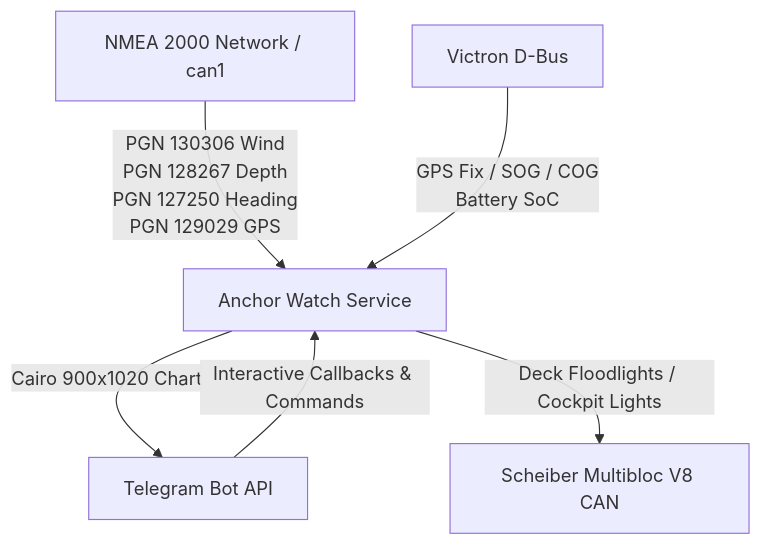
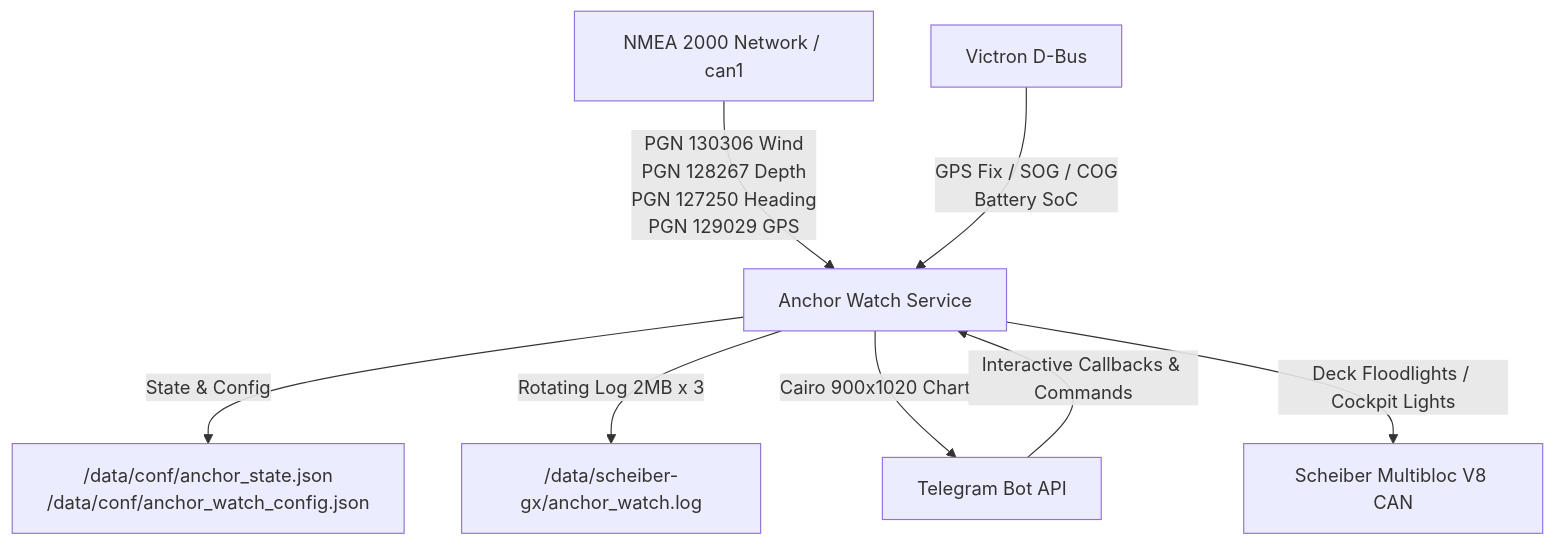
Before and after one commit to danielkope/scheiber-can-analysis-nmea2000: the diagram in docs/ANCHOR_WATCH.md, drawn with Mermaid. The commit also changed other lines of this file and 2 other files, not shown here.

Commit message:
Add persistent state storage on disk, rotating file logger, Cairo memory disposal, history decimation, and /diag diagnostics

````diff
--- a/docs/ANCHOR_WATCH.md
+++ b/docs/ANCHOR_WATCH.md
@@ -13,8 +13,10 @@
 ```mermaid
 graph TD
     A[NMEA 2000 Network / can1] -->|PGN 130306 Wind\nPGN 128267 Depth\nPGN 127250 Heading\nPGN 129029 GPS| S[Anchor Watch Service]
     B[Victron D-Bus] -->|GPS Fix / SOG / COG\nBattery SoC| S
+    S -->|State & Config| F["/data/conf/anchor_state.json\n/data/conf/anchor_watch_config.json"]
+    S -->|Rotating Log 2MB x 3| L["/data/scheiber-gx/anchor_watch.log"]
     S -->|Cairo 900x1020 Chart| T[Telegram Bot API]
     S -->|Deck Floodlights / Cockpit Lights| D[Scheiber Multibloc V8 CAN]
     T -->|Interactive Callbacks & Commands| S
 ```
````
